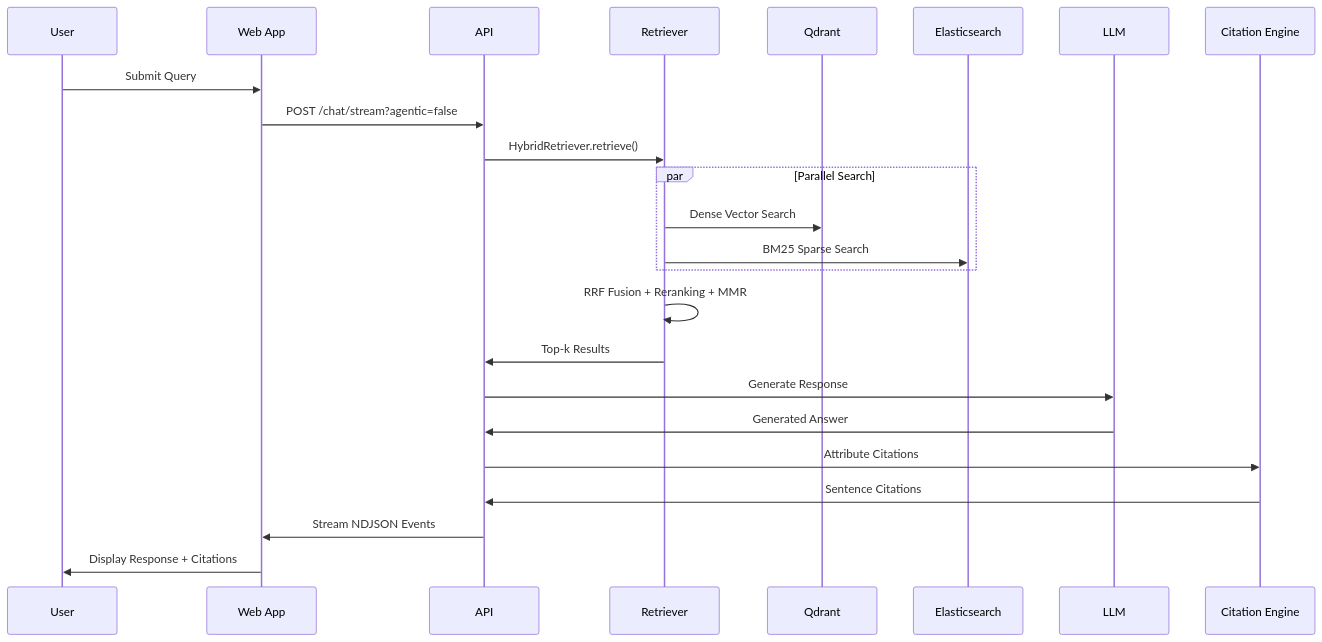
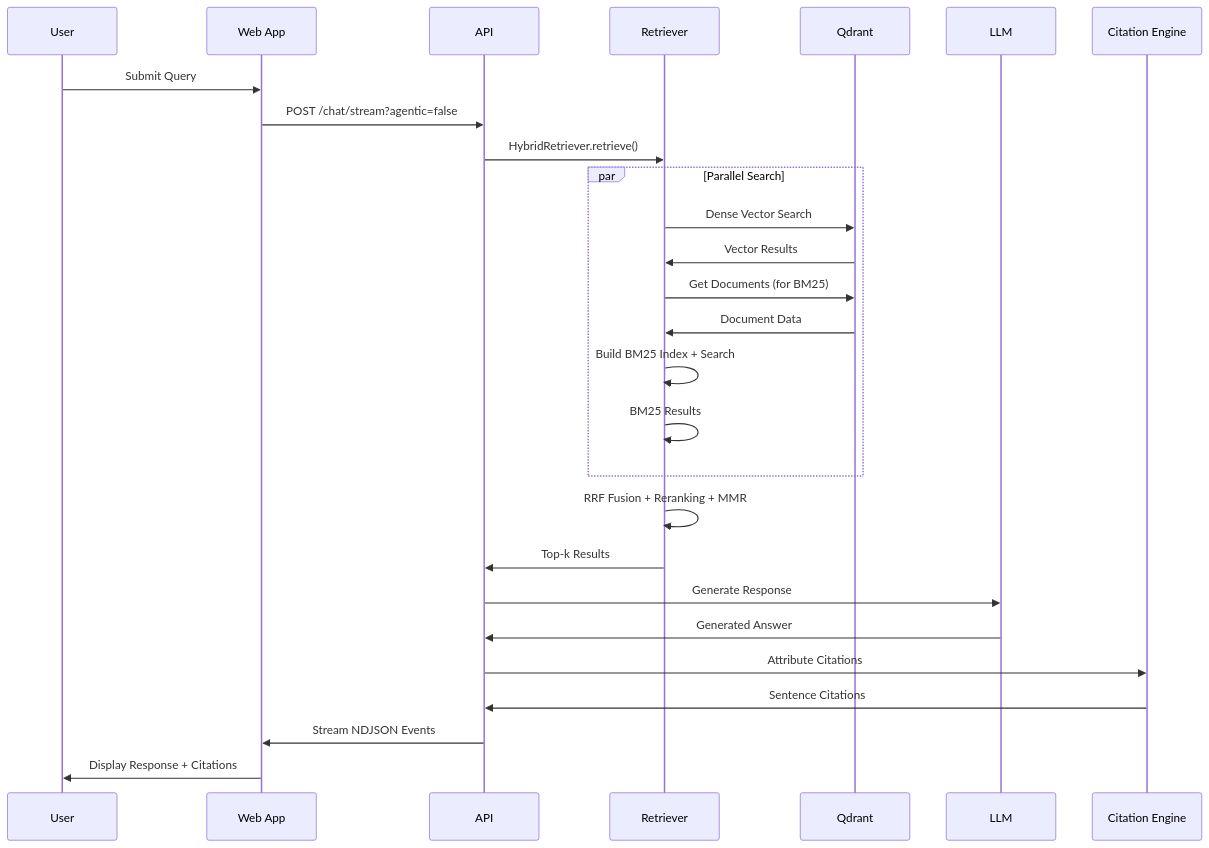
One commit to Marcussy34/maistorage changed the third of 4 diagrams in docs/ARCHITECTURE.md. Above: the diagram before and after it, drawn with Mermaid. The commit also changed other lines of this file and 8 other files, not shown here.

````diff
--- a/docs/ARCHITECTURE.md
+++ b/docs/ARCHITECTURE.md
@@ -210,29 +212,32 @@
 ```mermaid
 sequenceDiagram
     participant U as User
     participant W as Web App
     participant A as API
     participant R as Retriever
     participant Q as Qdrant
-    participant E as Elasticsearch
     participant L as LLM
     participant C as Citation Engine
 
     U->>W: Submit Query
     W->>A: POST /chat/stream?agentic=false
     A->>R: HybridRetriever.retrieve()
     
     par Parallel Search
         R->>Q: Dense Vector Search
-        R->>E: BM25 Sparse Search
+        Q->>R: Vector Results
+        R->>Q: Get Documents (for BM25)
+        Q->>R: Document Data
+        R->>R: Build BM25 Index + Search
+        R->>R: BM25 Results
     end
     
     R->>R: RRF Fusion + Reranking + MMR
     R->>A: Top-k Results
     A->>L: Generate Response
     L->>A: Generated Answer
     A->>C: Attribute Citations
     C->>A: Sentence Citations
     A->>W: Stream NDJSON Events
     W->>U: Display Response + Citations
 ```
````
